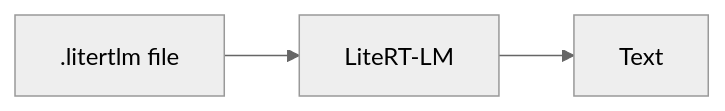
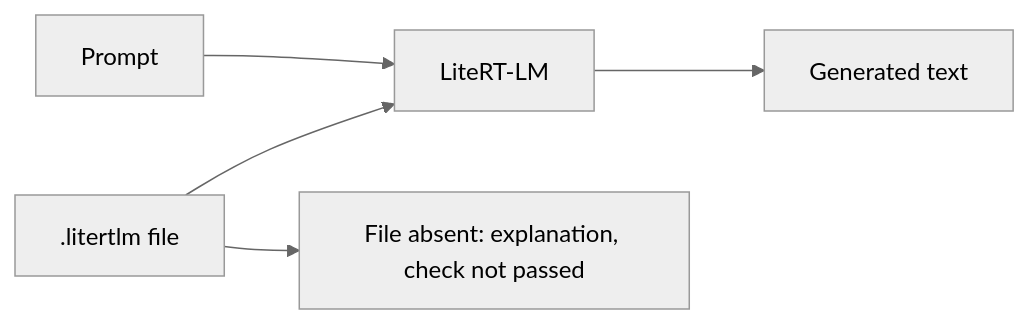
One commit to mohamedmabrouk582/Android-Ai-Lab changed the diagram in lab-litert-lm/README.md. Above: the diagram before and after it, drawn with Mermaid (neutral theme). The commit also changed other lines of this file and 41 other files, not shown here.

````diff
--- a/lab-litert-lm/README.md
+++ b/lab-litert-lm/README.md
@@ -13,4 +27,7 @@
 ```mermaid
 flowchart LR
-  n0[".litertlm file"] --> n1["LiteRT-LM"] --> n2["Text"]
+  file[".litertlm file"] --> runtime["LiteRT-LM"]
+  prompt["Prompt"] --> runtime
+  runtime --> text["Generated text"]
+  file --> missing["File absent: explanation, check not passed"]
 ```
````
